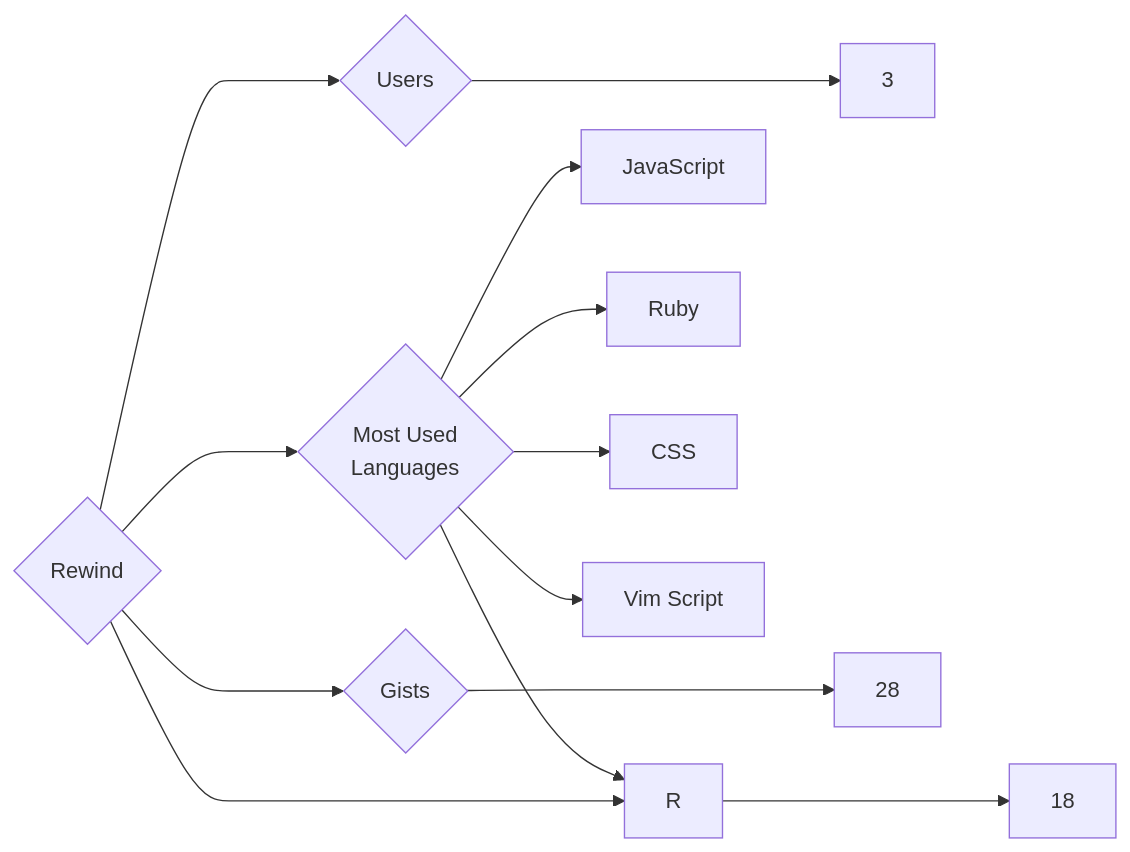
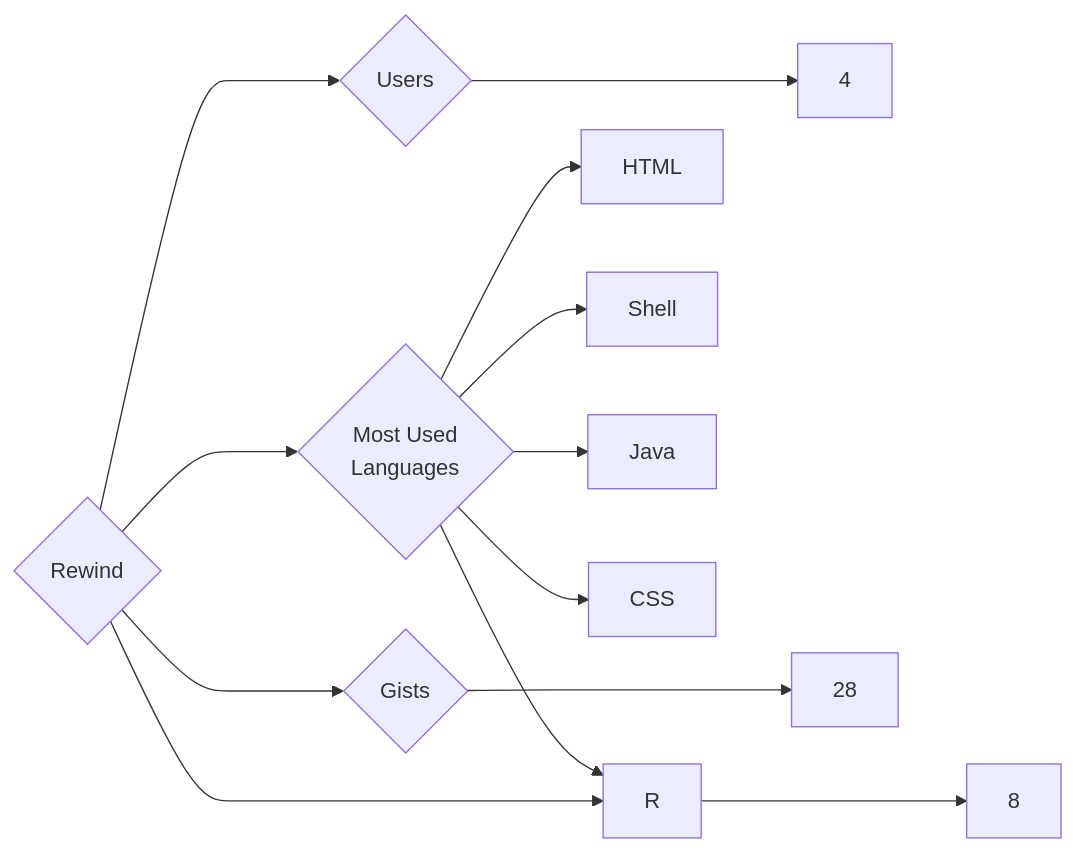
The diagram in targets/Rewind/README.md (trickest/insiders), drawn with Mermaid before and after one commit. The commit also changed 1248 other files, not shown here.

````diff
--- a/targets/Rewind/README.md
+++ b/targets/Rewind/README.md
@@ -3,13 +3,13 @@
 ```mermaid
 graph LR
 COMPANY_NAME{Rewind}
-COMPANY_NAME ---> U{Users} ---> UN[3]
-COMPANY_NAME ---> R{Repositories} ---> RN[18]
+COMPANY_NAME ---> U{Users} ---> UN[4]
+COMPANY_NAME ---> R{Repositories} ---> RN[8]
 COMPANY_NAME ---> G{Gists} ---> GN[28]
 COMPANY_NAME ---> ML{Most Used<br>Languages}
-ML --> JavaScript[JavaScript]
-ML --> Ruby[Ruby]
+ML --> HTML[HTML]
+ML --> Shell[Shell]
+ML --> R[R]
+ML --> Java[Java]
 ML --> CSS[CSS]
-ML --> Vim_Script[Vim Script]
-ML --> R[R]
 ```
````
